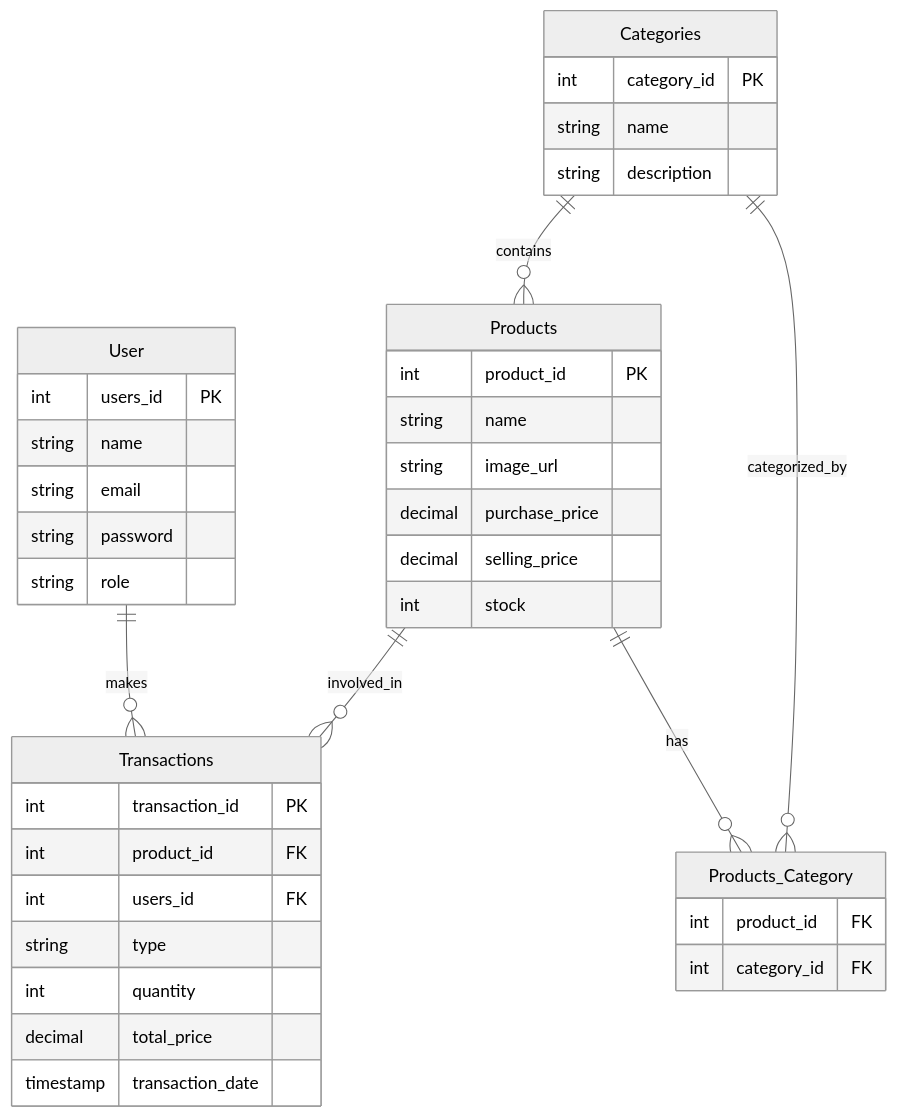
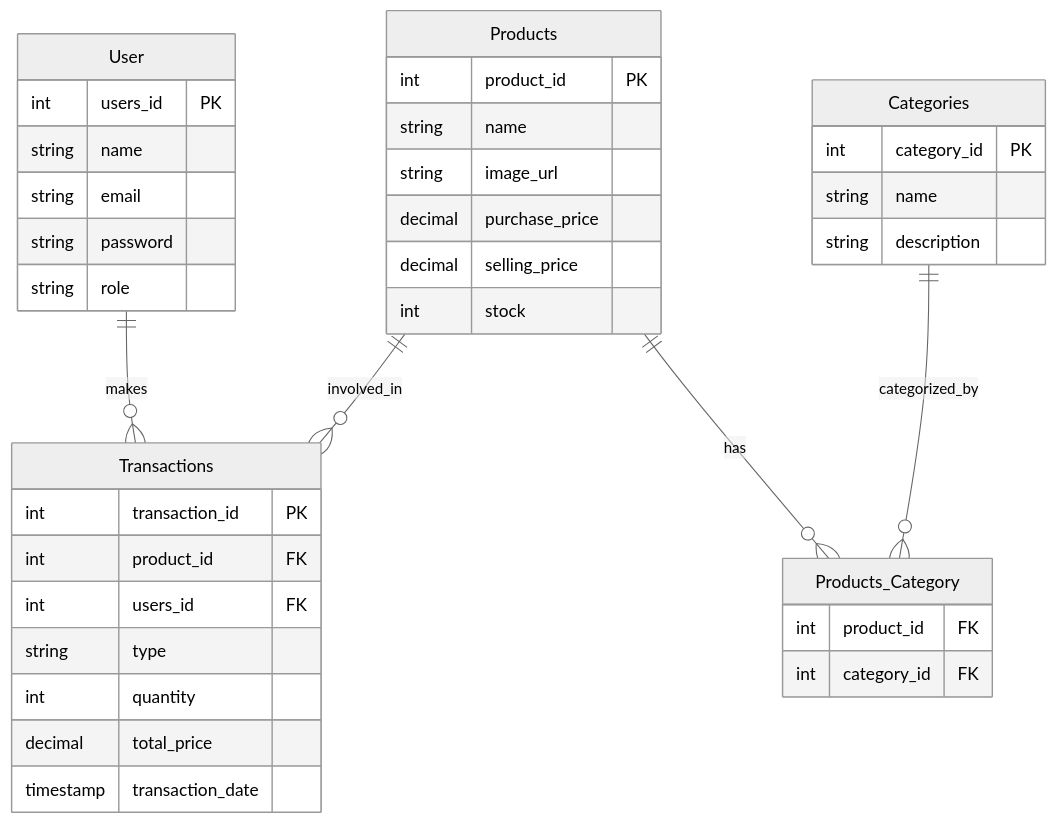
The second of 2 diagrams in readme.md (HN721/fgo24-Phase-3), drawn with Mermaid (neutral theme) before and after one commit.

````diff
--- a/readme.md
+++ b/readme.md
@@ -56,47 +56,46 @@
 ```mermaid
 erDiagram
     User ||--o{ Transactions : makes
-    Categories ||--o{ Products : contains
     Products ||--o{ Transactions : involved_in
     Categories ||--o{ Products_Category : categorized_by
     Products ||--o{ Products_Category : has
 
     User {
         int users_id PK
         string name
         string email
         string password
         string role
     }
 
     Categories {
         int category_id PK
         string name
         string description
     }
 
     Products {
         int product_id PK
         string name
         string image_url
         decimal purchase_price
         decimal selling_price
         int stock
     }
 
     Products_Category {
         int product_id FK
         int category_id FK
     }
 
     Transactions {
         int transaction_id PK
         int product_id FK
         int users_id FK
         string type
         int quantity
         decimal total_price
         timestamp transaction_date
     }
 
 ```
````
